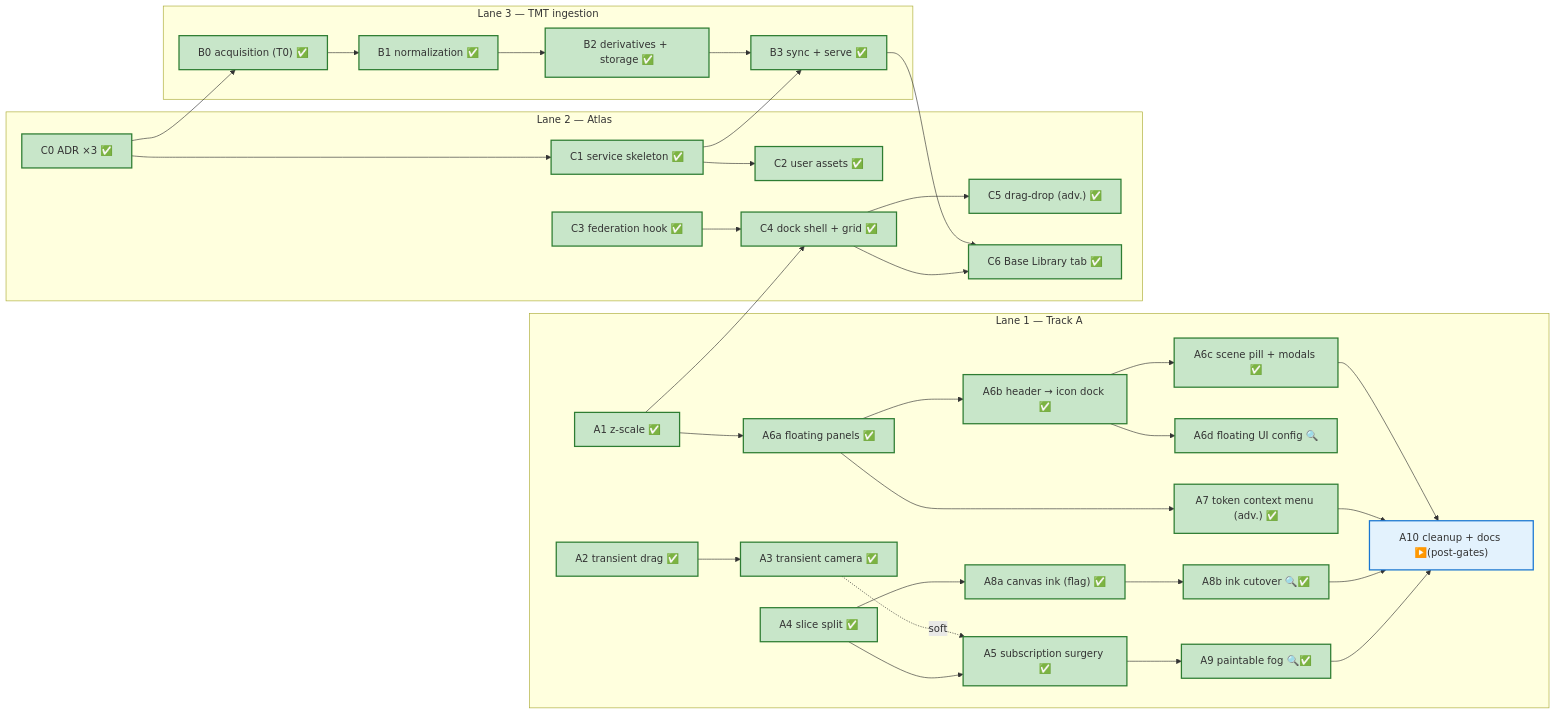
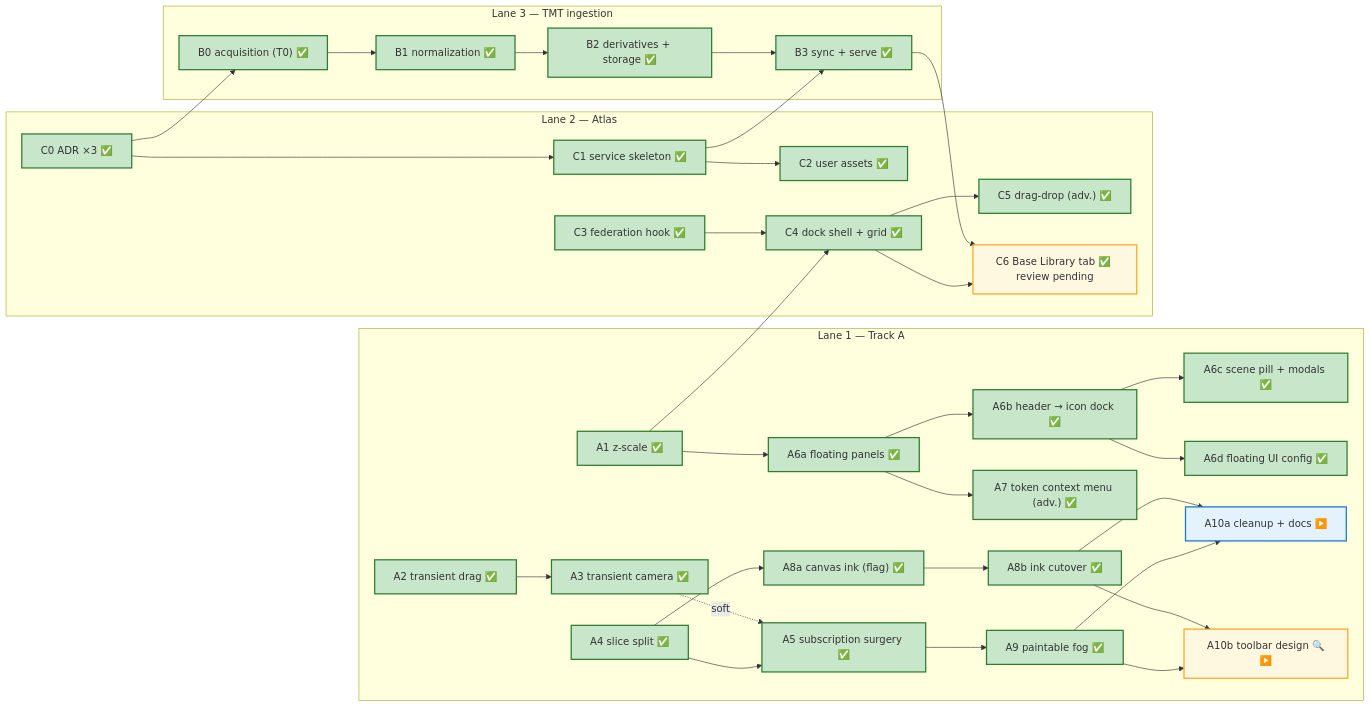
The diagram in docs/roadmap/ROADMAP.md (joelmale/nexusVTT), drawn with Mermaid before and after one commit. The commit also changed other lines of this file and 2 other files, not shown here.

Commit message:
chore(roadmap): reconcile A10 split state

````diff
--- a/docs/roadmap/ROADMAP.md
+++ b/docs/roadmap/ROADMAP.md
@@ -40,59 +46,62 @@
 ```mermaid
 flowchart LR
   classDef gate stroke:#e11,stroke-width:3px
   classDef adr fill:#f4e8ff,stroke:#95f
   classDef done fill:#c8e6c9,stroke:#2e7d32,stroke-width:2px
+  classDef pending fill:#fff8e1,stroke:#f9a825,stroke-width:2px
   classDef ready fill:#e3f2fd,stroke:#1976d2,stroke-width:2px
 
   subgraph LaneA["Lane 1 — Track A"]
     A1["A1 z-scale ✅"]:::done
     A2["A2 transient drag ✅"]:::done
     A3["A3 transient camera ✅"]:::done
     A4["A4 slice split ✅"]:::done
     A5["A5 subscription surgery ✅"]:::done
     A6a["A6a floating panels ✅"]:::done
     A6b["A6b header → icon dock ✅"]:::done
     A6c["A6c scene pill + modals ✅"]:::done
-    A6d["A6d floating UI config 🔍"]:::done
+    A6d["A6d floating UI config ✅"]:::done
     A7["A7 token context menu (adv.) ✅"]:::done
     A8a["A8a canvas ink (flag) ✅"]:::done
-    A8b["A8b ink cutover 🔍✅"]:::done
-    A9["A9 paintable fog 🔍✅"]:::done
-    A10["A10 cleanup + docs ▶️(post-gates)"]:::ready
+    A8b["A8b ink cutover ✅"]:::done
+    A9["A9 paintable fog ✅"]:::done
+    A10a["A10a cleanup + docs ▶️"]:::ready
+    A10b["A10b toolbar design 🔍▶️"]:::pending
   end
 
   subgraph LaneC["Lane 2 — Atlas"]
     C0["C0 ADR ×3 ✅"]:::done
     C1["C1 service skeleton ✅"]:::done
     C2["C2 user assets ✅"]:::done
     C3["C3 federation hook ✅"]:::done
     C4["C4 dock shell + grid ✅"]:::done
     C5["C5 drag-drop (adv.) ✅"]:::done
-    C6["C6 Base Library tab ✅"]:::done
+    C6["C6 Base Library tab ✅ review pending"]:::pending
   end
 
   subgraph LaneB["Lane 3 — TMT ingestion"]
     B0["B0 acquisition (T0) ✅"]:::done
     B1["B1 normalization ✅"]:::done
     B2["B2 derivatives + storage ✅"]:::done
     B3["B3 sync + serve ✅"]:::done
   end
 
   A2 --> A3
   A3 -.soft.-> A5
   A4 --> A5
   A1 --> A6a --> A6b --> A6c
   A6b --> A6d
   A6a --> A7
   A4 --> A8a --> A8b
   A5 --> A9
-  A6c & A7 & A8b & A9 --> A10
+  A8b & A9 --> A10a
+  A8b & A9 --> A10b
 
   C0 --> C1 --> C2
   C0 --> B0 --> B1 --> B2 --> B3
   C1 --> B3
   C3 --> C4 --> C5
   A1 --> C4
   B3 --> C6
   C4 --> C6
 ```
````
